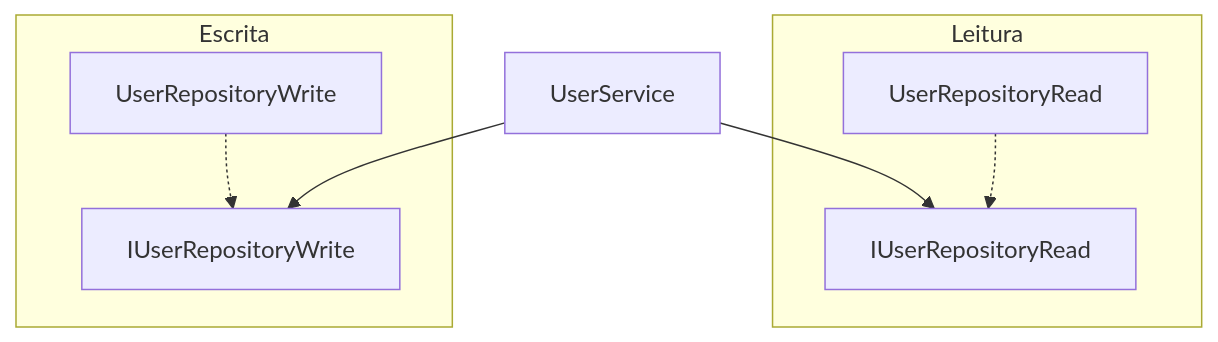
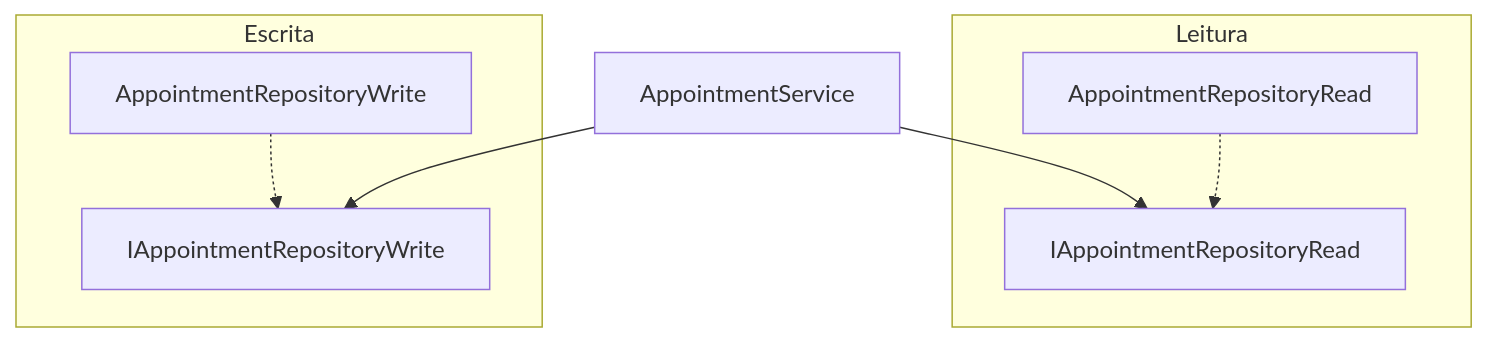
Before and after one commit to FilipePaixao/api-fin-control: the seventh of 8 diagrams in docs/arquitetura-e-camadas.md, drawn with Mermaid. The commit also changed other lines of this file and 14 other files, not shown here.

Commit message:
feat: add new agents and rules for architectural review, development, testing, and verification in Node.js/TypeScript project

````diff
--- a/docs/arquitetura-e-camadas.md
+++ b/docs/arquitetura-e-camadas.md
@@ -197,19 +197,19 @@
 ```mermaid
 flowchart TB
-  S["UserService"]
+  S["AppointmentService"]
 
   subgraph readSide["Leitura"]
-    IRR["IUserRepositoryRead"]
-    RREAD["UserRepositoryRead"]
+    IRR["IAppointmentRepositoryRead"]
+    RREAD["AppointmentRepositoryRead"]
     RREAD -.-> IRR
   end
 
   subgraph writeSide["Escrita"]
-    IRW["IUserRepositoryWrite"]
-    RWRITE["UserRepositoryWrite"]
+    IRW["IAppointmentRepositoryWrite"]
+    RWRITE["AppointmentRepositoryWrite"]
     RWRITE -.-> IRW
   end
 
   S --> IRR
   S --> IRW
 ```
````
